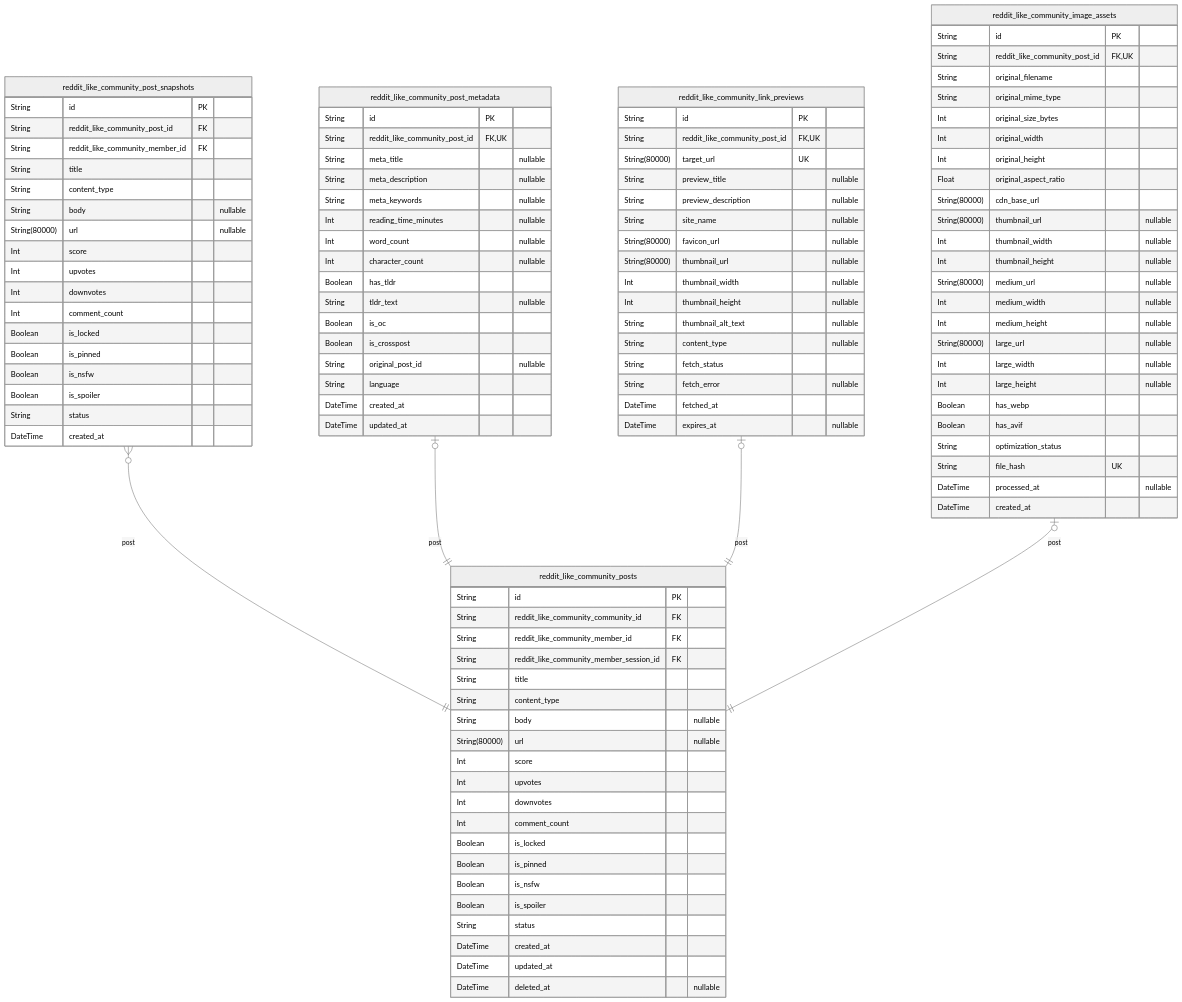
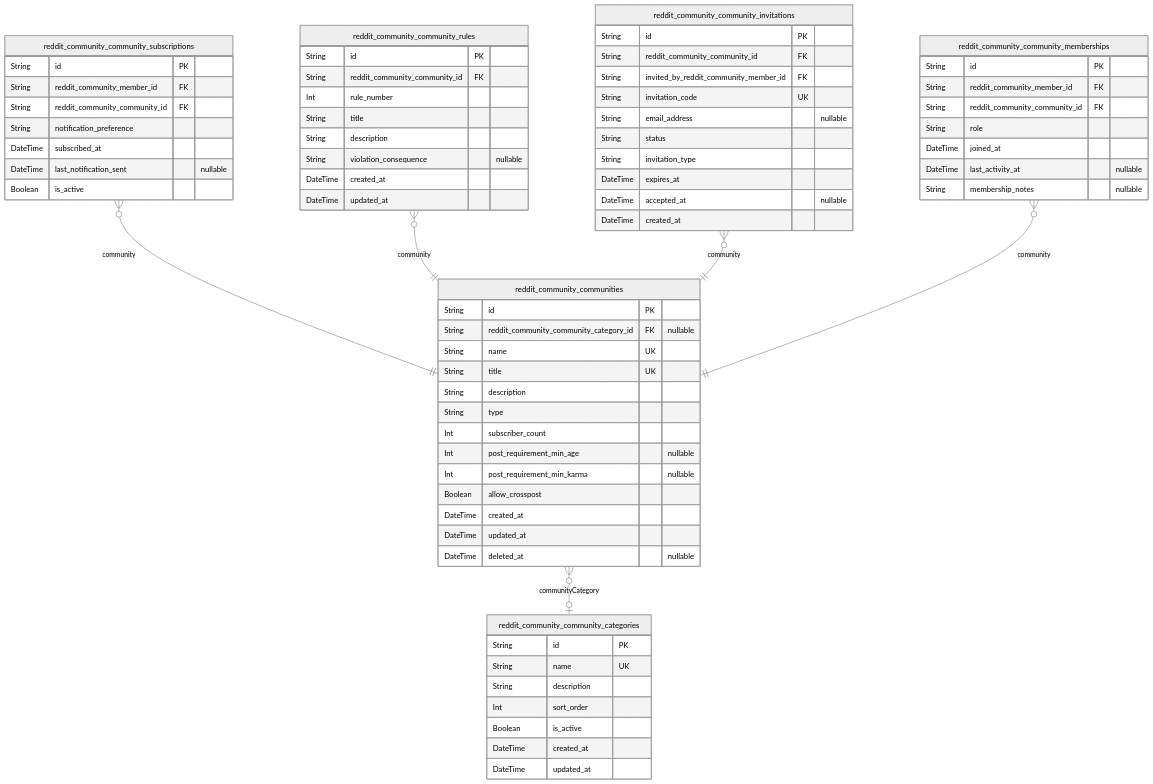
Before and after one commit to wrtnlabs/autobe-examples: the third of 8 diagrams in moonshotai/kimi-k2-0905-exacto/reddit/docs/ERD.md, drawn with Mermaid (neutral theme). The commit also changed other lines of this file and 22498 other files, not shown here.

````diff
--- a/moonshotai/kimi-k2-0905-exacto/reddit/docs/ERD.md
+++ b/moonshotai/kimi-k2-0905-exacto/reddit/docs/ERD.md
@@ -483,110 +472,72 @@
 ```mermaid
 erDiagram
-"reddit_like_community_posts" {
+"reddit_community_communities" {
   String id PK
-  String reddit_like_community_community_id FK
-  String reddit_like_community_member_id FK
-  String reddit_like_community_member_session_id FK
-  String title
-  String content_type
-  String body "nullable"
-  String(80000) url "nullable"
-  Int score
-  Int upvotes
-  Int downvotes
-  Int comment_count
-  Boolean is_locked
-  Boolean is_pinned
-  Boolean is_nsfw
-  Boolean is_spoiler
-  String status
+  String reddit_community_community_category_id FK "nullable"
+  String name UK
+  String title UK
+  String description
+  String type
+  Int subscriber_count
+  Int post_requirement_min_age "nullable"
+  Int post_requirement_min_karma "nullable"
+  Boolean allow_crosspost
   DateTime created_at
   DateTime updated_at
   DateTime deleted_at "nullable"
 }
-"reddit_like_community_post_snapshots" {
+"reddit_community_community_categories" {
   String id PK
-  String reddit_like_community_post_id FK
-  String reddit_like_community_member_id FK
-  String title
-  String content_type
-  String body "nullable"
-  String(80000) url "nullable"
-  Int score
-  Int upvotes
-  Int downvotes
-  Int comment_count
-  Boolean is_locked
-  Boolean is_pinned
-  Boolean is_nsfw
-  Boolean is_spoiler
-  String status
-  DateTime created_at
-}
-"reddit_like_community_post_metadata" {
-  String id PK
-  String reddit_like_community_post_id FK,UK
-  String meta_title "nullable"
-  String meta_description "nullable"
-  String meta_keywords "nullable"
-  Int reading_time_minutes "nullable"
-  Int word_count "nullable"
-  Int character_count "nullable"
-  Boolean has_tldr
-  String tldr_text "nullable"
-  Boolean is_oc
-  Boolean is_crosspost
-  String original_post_id "nullable"
-  String language
+  String name UK
+  String description
+  Int sort_order
+  Boolean is_active
   DateTime created_at
   DateTime updated_at
 }
-"reddit_like_community_link_previews" {
+"reddit_community_community_subscriptions" {
   String id PK
-  String reddit_like_community_post_id FK,UK
-  String(80000) target_url UK
-  String preview_title "nullable"
-  String preview_description "nullable"
-  String site_name "nullable"
-  String(80000) favicon_url "nullable"
-  String(80000) thumbnail_url "nullable"
-  Int thumbnail_width "nullable"
-  Int thumbnail_height "nullable"
-  String thumbnail_alt_text "nullable"
-  String content_type "nullable"
-  String fetch_status
-  String fetch_error "nullable"
-  DateTime fetched_at
-  DateTime expires_at "nullable"
+  String reddit_community_member_id FK
+  String reddit_community_community_id FK
+  String notification_preference
+  DateTime subscribed_at
+  DateTime last_notification_sent "nullable"
+  Boolean is_active
 }
-"reddit_like_community_image_assets" {
+"reddit_community_community_rules" {
   String id PK
-  String reddit_like_community_post_id FK,UK
-  String original_filename
-  String original_mime_type
-  Int original_size_bytes
-  Int original_width
-  Int original_height
-  Float original_aspect_ratio
-  String(80000) cdn_base_url
-  String(80000) thumbnail_url "nullable"
-  Int thumbnail_width "nullable"
-  Int thumbnail_height "nullable"
-  String(80000) medium_url "nullable"
-  Int medium_width "nullable"
-  Int medium_height "nullable"
-  String(80000) large_url "nullable"
-  Int large_width "nullable"
-  Int large_height "nullable"
-  Boolean has_webp
-  Boolean has_avif
-  String optimization_status
-  String file_hash UK
-  DateTime processed_at "nullable"
+  String reddit_community_community_id FK
+  Int rule_number
+  String title
+  String description
+  String violation_consequence "nullable"
+  DateTime created_at
+  DateTime updated_at
+}
+"reddit_community_community_invitations" {
+  String id PK
+  String reddit_community_community_id FK
+  String invited_by_reddit_community_member_id FK
+  String invitation_code UK
+  String email_address "nullable"
+  String status
+  String invitation_type
+  DateTime expires_at
+  DateTime accepted_at "nullable"
   DateTime created_at
 }
-"reddit_like_community_post_snapshots" }o--|| "reddit_like_community_posts" : post
-"reddit_like_community_post_metadata" |o--|| "reddit_like_community_posts" : post
-"reddit_like_community_link_previews" |o--|| "reddit_like_community_posts" : post
-"reddit_like_community_image_assets" |o--|| "reddit_like_community_posts" : post
+"reddit_community_community_memberships" {
+  String id PK
+  String reddit_community_member_id FK
+  String reddit_community_community_id FK
+  String role
+  DateTime joined_at
+  DateTime last_activity_at "nullable"
+  String membership_notes "nullable"
+}
+"reddit_community_communities" }o--o| "reddit_community_community_categories" : communityCategory
+"reddit_community_community_subscriptions" }o--|| "reddit_community_communities" : community
+"reddit_community_community_rules" }o--|| "reddit_community_communities" : community
+"reddit_community_community_invitations" }o--|| "reddit_community_communities" : community
+"reddit_community_community_memberships" }o--|| "reddit_community_communities" : community
 ```
````
